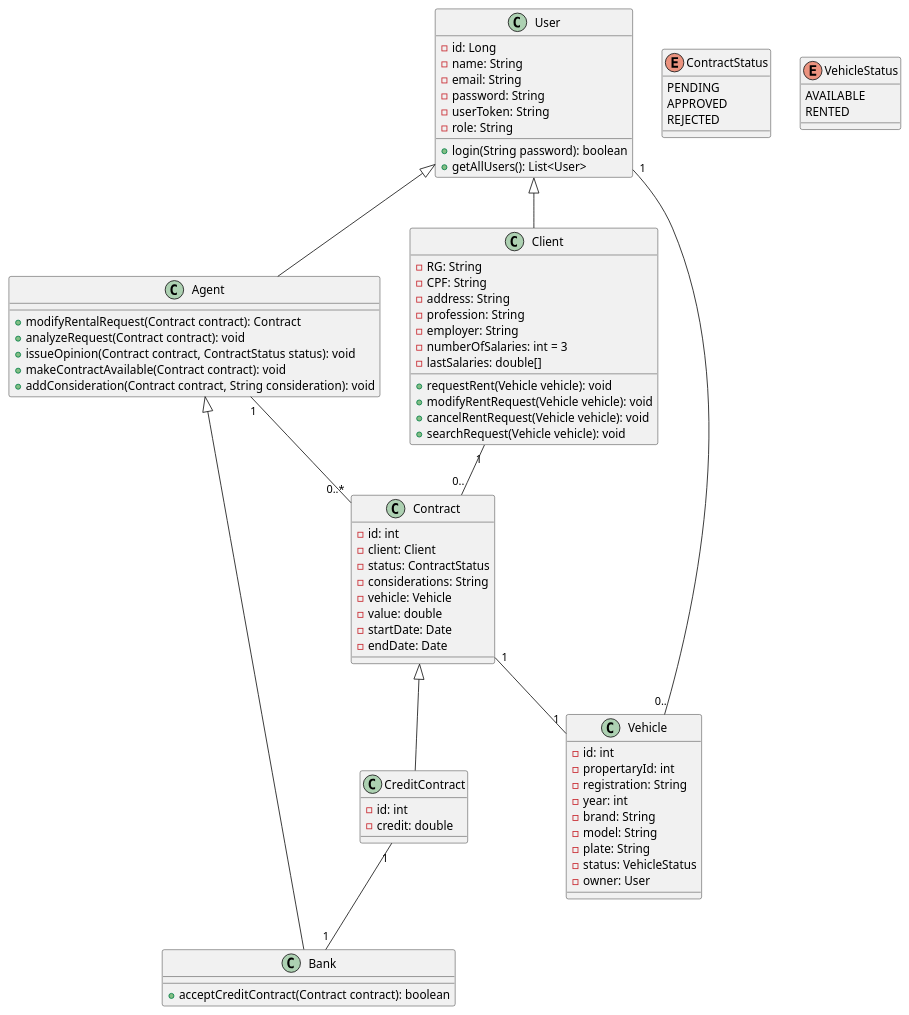
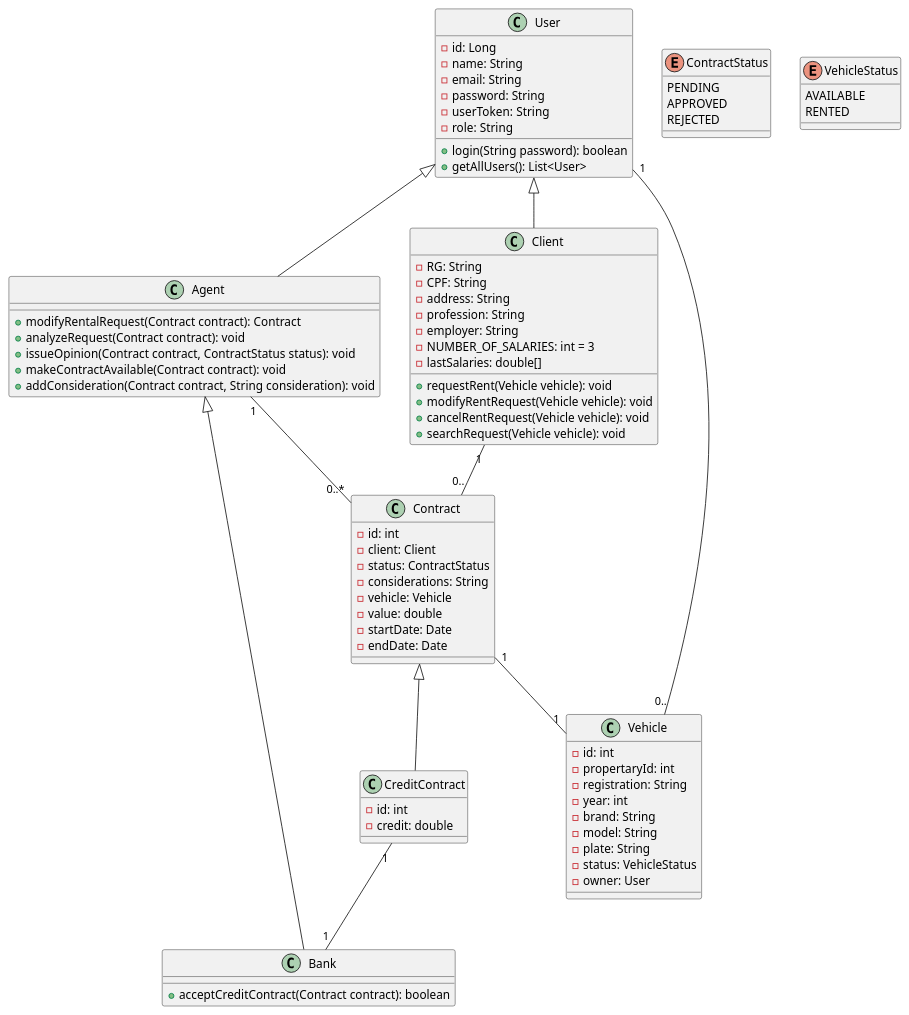
One commit to migueltico2/laboratorio-de-desenvolvimento-de-software changed the diagram in projeto 2/project/classDiagram.plantuml. Above: the diagram before and after it, drawn with PlantUML. The commit also changed 7 other files, not shown here.

```diff
--- a/projeto 2/project/classDiagram.plantuml
+++ b/projeto 2/project/classDiagram.plantuml
@@ -1,89 +1,89 @@
 @startuml
 
 class User {
     -id: Long
     -name: String
     -email: String
     -password: String
     -userToken: String
     -role: String
     +login(String password): boolean
     +getAllUsers(): List<User>
 }
 
 class Client {
     -RG: String
     -CPF: String
     -address: String
     -profession: String
     -employer: String
-    -numberOfSalaries: int = 3
+    -NUMBER_OF_SALARIES: int = 3
     -lastSalaries: double[]
     +requestRent(Vehicle vehicle): void
     +modifyRentRequest(Vehicle vehicle): void
     +cancelRentRequest(Vehicle vehicle): void
     +searchRequest(Vehicle vehicle): void
 }
 
 
 class Agent {
     +modifyRentalRequest(Contract contract): Contract
     +analyzeRequest(Contract contract): void
     +issueOpinion(Contract contract, ContractStatus status): void
     +makeContractAvailable(Contract contract): void
     +addConsideration(Contract contract, String consideration): void
 }
 
 class Bank {
     +acceptCreditContract(Contract contract): boolean
 }
 
 class Contract {
     -id: int
     -client: Client
     -status: ContractStatus
     -considerations: String
     -vehicle: Vehicle
     -value: double
     -startDate: Date
     -endDate: Date
 }
  
 class CreditContract {
     -id: int
     -credit: double
 }
 
 class Vehicle {
     -id: int
     -propertaryId: int
     -registration: String
     -year: int
     -brand: String
     -model: String
     -plate: String
     -status: VehicleStatus
     -owner: User
 }
 
 enum ContractStatus {
     PENDING
     APPROVED
     REJECTED
 }
 
 enum VehicleStatus {
     AVAILABLE
     RENTED
 }
 
 User <|-- Agent
 User <|-- Client
 User "1" -- "0.." Vehicle
 Contract <|-- CreditContract
 Client "1" -- "0.." Contract
 CreditContract "1" -- "1" Bank
 Contract "1" -- "1" Vehicle
 Agent <|-- Bank
 Agent "1" -- "0..*" Contract
 @enduml
```
